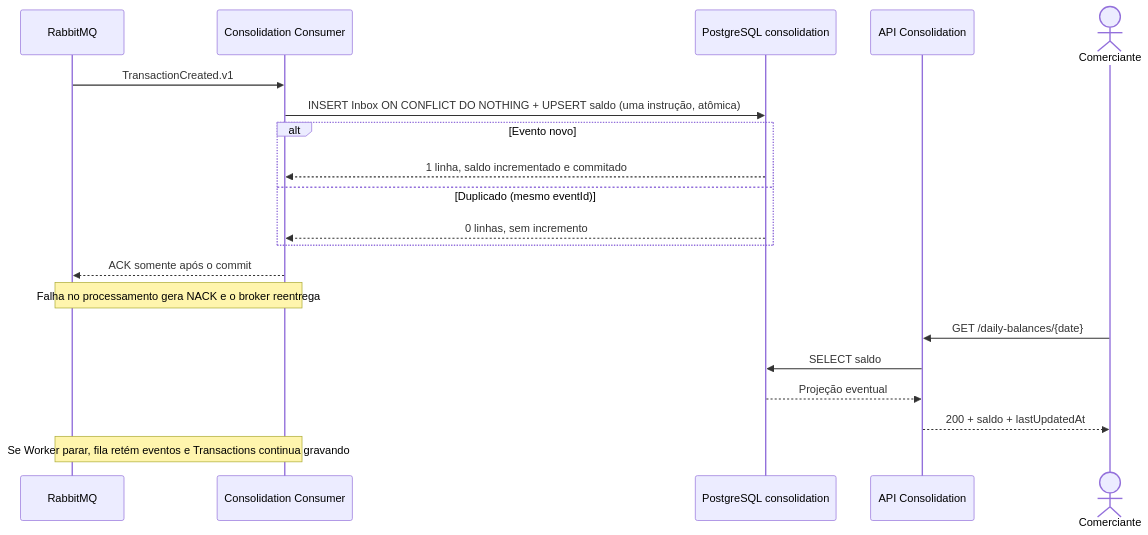
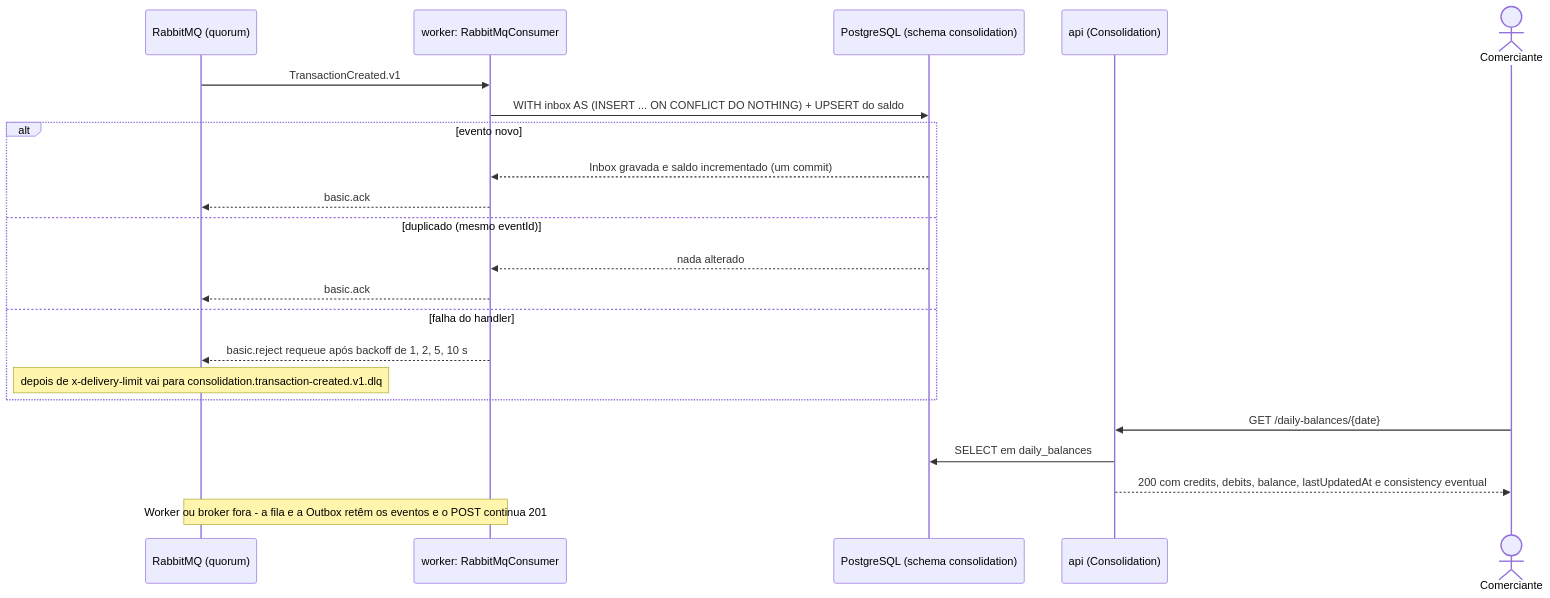
One commit to fabiofeti/desafio-keyrus changed the sixth of 6 diagrams in docs/diagrams/architecture.md. Above: the diagram before and after it, drawn with Mermaid. The commit also changed other lines of this file and 14 other files, not shown here.

First line of the commit message:
Contratos a partir do código e diagramas redesenhados

````diff
--- a/docs/diagrams/architecture.md
+++ b/docs/diagrams/architecture.md
@@ -87,22 +157,24 @@
 ```mermaid
 sequenceDiagram
-  participant MQ as RabbitMQ
-  participant W as Consolidation Consumer
-  participant DB as PostgreSQL consolidation
-  participant API as API Consolidation
+  participant MQ as RabbitMQ (quorum)
+  participant W as worker: RabbitMqConsumer
+  participant DB as PostgreSQL (schema consolidation)
+  participant API as api (Consolidation)
   actor User as Comerciante
   MQ->>W: TransactionCreated.v1
-  W->>DB: INSERT Inbox ON CONFLICT DO NOTHING + UPSERT saldo (uma instrução, atômica)
-  alt Evento novo
-    DB-->>W: 1 linha, saldo incrementado e commitado
-  else Duplicado (mesmo eventId)
-    DB-->>W: 0 linhas, sem incremento
+  W->>DB: WITH inbox AS (INSERT ... ON CONFLICT DO NOTHING) + UPSERT do saldo
+  alt evento novo
+    DB-->>W: Inbox gravada e saldo incrementado (um commit)
+    W-->>MQ: basic.ack
+  else duplicado (mesmo eventId)
+    DB-->>W: nada alterado
+    W-->>MQ: basic.ack
+  else falha do handler
+    W-->>MQ: basic.reject requeue após backoff de 1, 2, 5, 10 s
+    Note over MQ: depois de x-delivery-limit vai para consolidation.transaction-created.v1.dlq
   end
-  W-->>MQ: ACK somente após o commit
-  Note over W,MQ: Falha no processamento gera NACK e o broker reentrega
   User->>API: GET /daily-balances/{date}
-  API->>DB: SELECT saldo
-  DB-->>API: Projeção eventual
-  API-->>User: 200 + saldo + lastUpdatedAt
-  Note over MQ,W: Se Worker parar, fila retém eventos e Transactions continua gravando
+  API->>DB: SELECT em daily_balances
+  API-->>User: 200 com credits, debits, balance, lastUpdatedAt e consistency eventual
+  Note over MQ,W: Worker ou broker fora - a fila e a Outbox retêm os eventos e o POST continua 201
 ```
````
